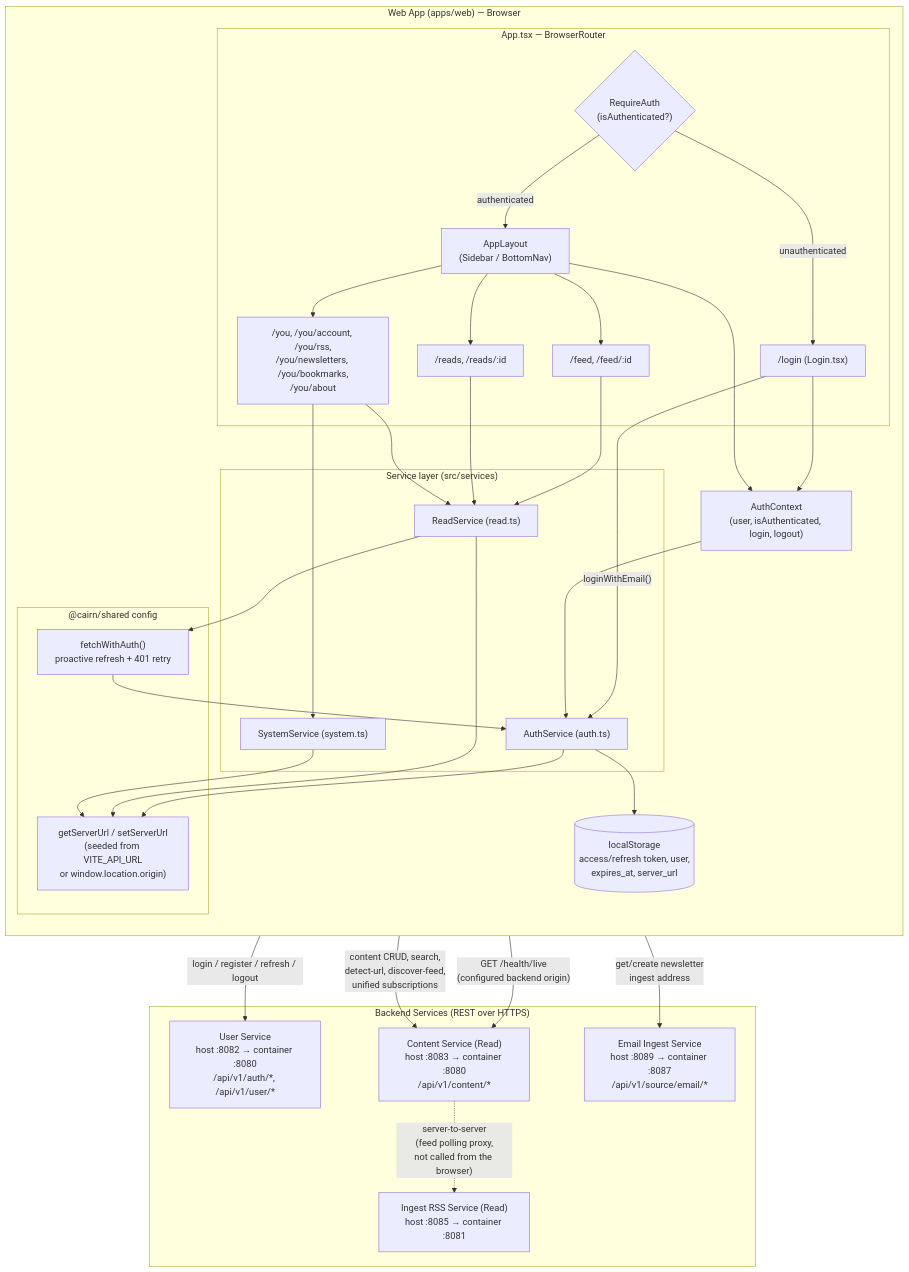
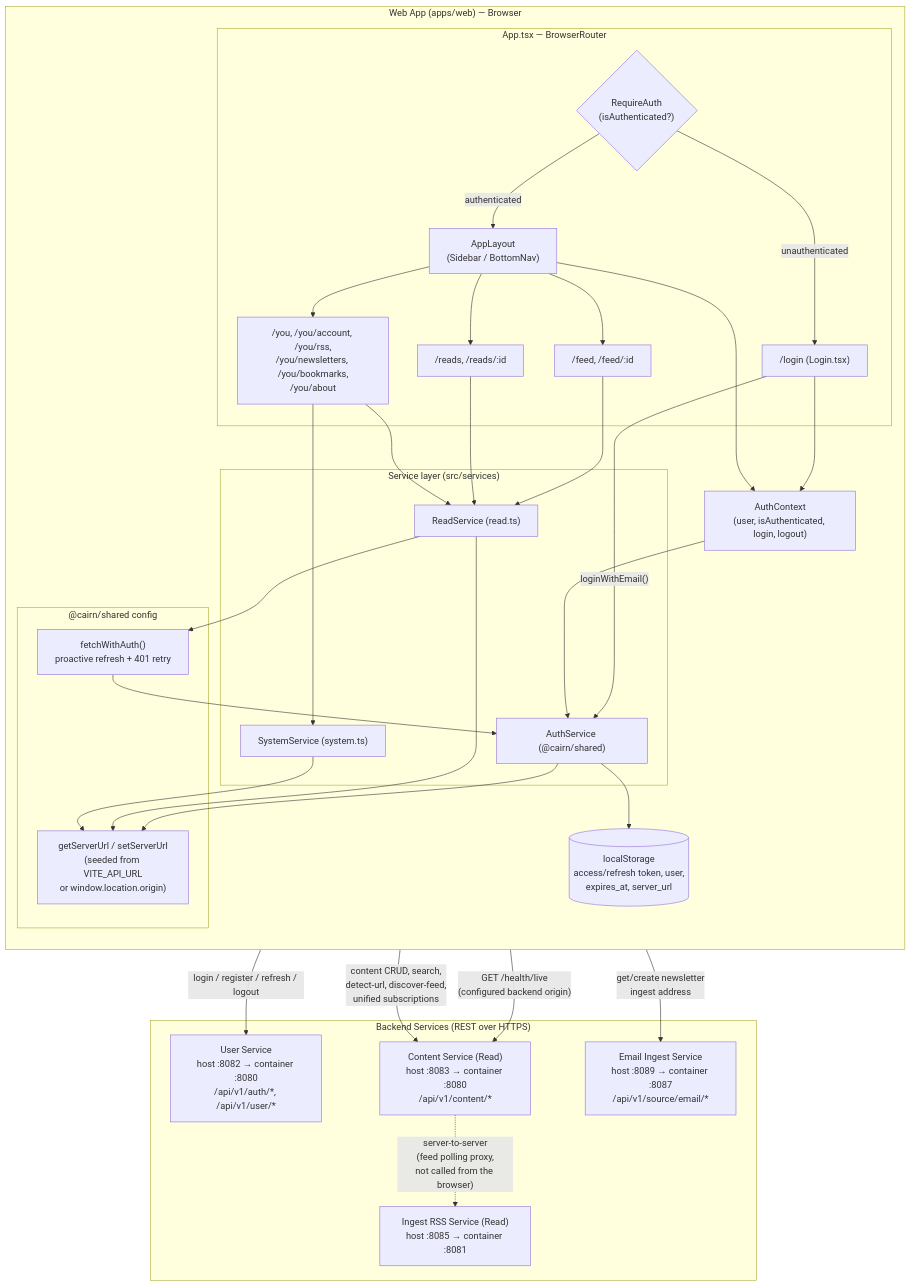
The third of 8 diagrams in docs/ARCHITECTURE.md (andrew-craig/cairn-reader), drawn with Mermaid before and after one commit. The commit also changed other lines of this file and 31 other files, not shown here.

````diff
--- a/docs/ARCHITECTURE.md
+++ b/docs/ARCHITECTURE.md
@@ -224,64 +224,64 @@
 ```mermaid
 flowchart TB
     subgraph Browser["Web App (apps/web) — Browser"]
         direction TB
 
         subgraph Routing["App.tsx — BrowserRouter"]
             Login["/login (Login.tsx)"]
             RequireAuth{"RequireAuth<br/>(isAuthenticated?)"}
             AppLayout["AppLayout<br/>(Sidebar / BottomNav)"]
             Feed["/feed, /feed/:id"]
             Reads["/reads, /reads/:id"]
             You["/you, /you/account, /you/rss,<br/>/you/newsletters, /you/bookmarks,<br/>/you/about"]
         end
 
         AuthCtx["AuthContext<br/>(user, isAuthenticated, login, logout)"]
 
         subgraph Services["Service layer (src/services)"]
-            AuthSvc["AuthService (auth.ts)"]
+            AuthSvc["AuthService (@cairn/shared)"]
             ReadSvc["ReadService (read.ts)"]
             SystemSvc["SystemService (system.ts)"]
         end
 
         subgraph SharedCfg["@cairn/shared config"]
             ServerUrl["getServerUrl / setServerUrl<br/>(seeded from VITE_API_URL<br/>or window.location.origin)"]
             FetchAuth["fetchWithAuth()<br/>proactive refresh + 401 retry"]
         end
 
         LS[("localStorage<br/>access/refresh token, user,<br/>expires_at, server_url")]
 
         Login -->|"loginWithEmail()"| AuthSvc
         RequireAuth -->|unauthenticated| Login
         RequireAuth -->|authenticated| AppLayout
         AppLayout --> Feed & Reads & You
 
         Feed --> ReadSvc
         Reads --> ReadSvc
         You --> ReadSvc
         You --> SystemSvc
 
         Login --> AuthCtx
         AppLayout --> AuthCtx
         AuthCtx --> AuthSvc
         AuthSvc --> LS
         AuthSvc --> ServerUrl
 
         ReadSvc --> FetchAuth
         FetchAuth --> AuthSvc
         ReadSvc --> ServerUrl
         SystemSvc --> ServerUrl
     end
 
     subgraph Backend["Backend Services (REST over HTTPS)"]
         UserSvc["User Service<br/>host :8082 → container :8080<br/>/api/v1/auth/*, /api/v1/user/*"]
         ContentSvc["Content Service (Read)<br/>host :8083 → container :8080<br/>/api/v1/content/*"]
         RssSvc["Ingest RSS Service (Read)<br/>host :8085 → container :8081"]
         EmailSvc["Email Ingest Service<br/>host :8089 → container :8087<br/>/api/v1/source/email/*"]
     end
 
     AuthSvc -->|"login / register / refresh / logout"| UserSvc
     ReadSvc -->|"content CRUD, search,<br/>detect-url, discover-feed,<br/>unified subscriptions"| ContentSvc
     ReadSvc -->|"get/create newsletter<br/>ingest address"| EmailSvc
     SystemSvc -->|"GET /health/live<br/>(configured backend origin)"| ContentSvc
     ContentSvc -.->|"server-to-server<br/>(feed polling proxy,<br/>not called from the browser)"| RssSvc
 ```
````
